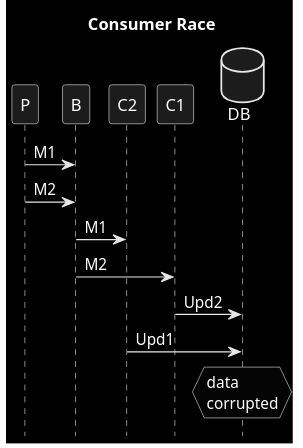
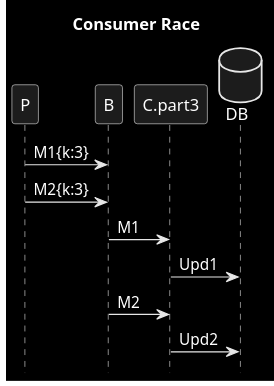
One commit to victorrentea/kafka changed the diagram in patterns/2a_out_of_order_c.puml. Above: the diagram before and after it, drawn with PlantUML. The commit also changed 14 other files, not shown here.

```diff
--- a/patterns/2a_out_of_order_c.puml
+++ b/patterns/2a_out_of_order_c.puml
@@ -1,15 +1,14 @@
 @startuml
 title Consumer Race
 hide footbox
 skinparam monochrome reverse
 database DB order 10
 
-P->B: M1
-P->B: M2
+P->B: M1{k:3}
+P->B: M2{k:3}
 
-B->C2: M1
-B->C1: M2
-C1->DB: Upd2
-C2->DB: Upd1
-hnote over DB: data\ncorrupted
+B->C.part3: M1
+C.part3->DB: Upd1
+B->C.part3: M2
+C.part3->DB: Upd2
 @enduml
```
